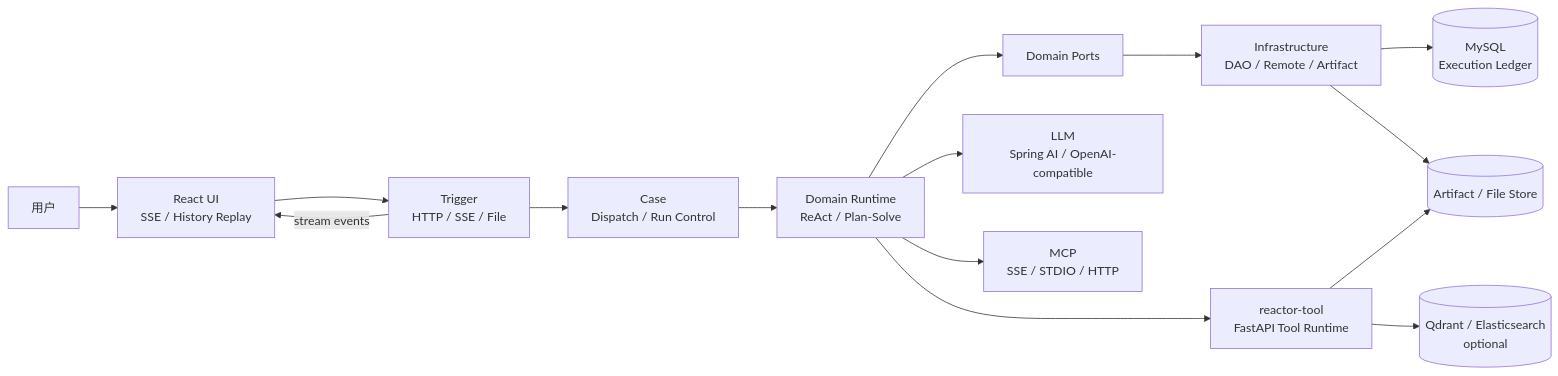
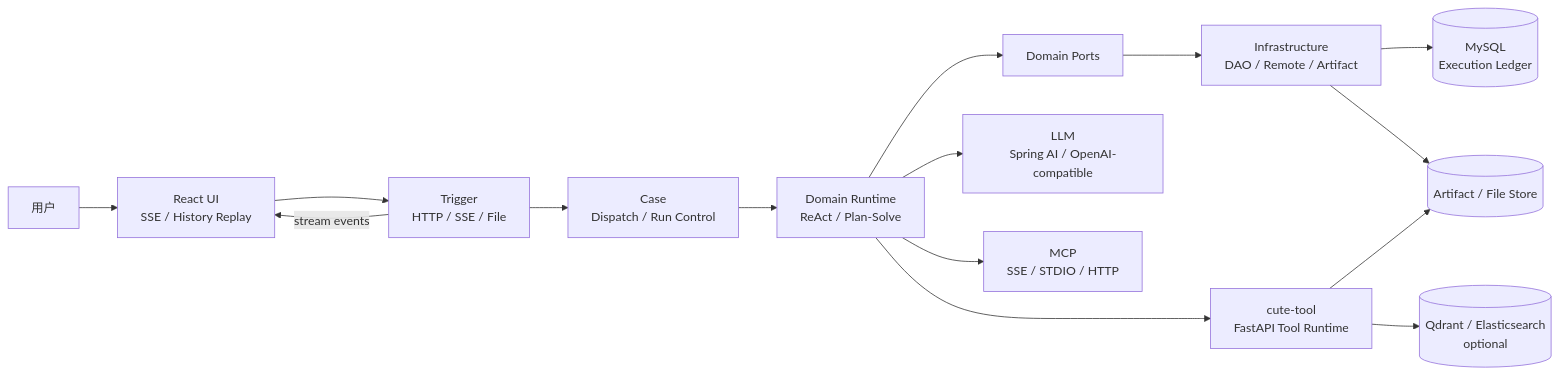
The second of 2 diagrams in README.md (OWWZO/ai-agent), drawn with Mermaid before and after one commit. The commit also changed other lines of this file and 2136 other files, not shown here.

First line of the commit message:
refactor(rename): Phase 2 - 模块目录/Maven 坐标/前端包 Reactor→Cute

````diff
--- a/README.md
+++ b/README.md
@@ -362,20 +362,20 @@
 ```mermaid
 flowchart LR
     User["用户"] --> UI["React UI<br/>SSE / History Replay"]
     UI --> Trigger["Trigger<br/>HTTP / SSE / File"]
     Trigger --> Case["Case<br/>Dispatch / Run Control"]
     Case --> Domain["Domain Runtime<br/>ReAct / Plan-Solve"]
     Domain --> Ports["Domain Ports"]
     Ports --> Infra["Infrastructure<br/>DAO / Remote / Artifact"]
 
     Domain --> LLM["LLM<br/>Spring AI / OpenAI-compatible"]
     Domain --> MCP["MCP<br/>SSE / STDIO / HTTP"]
-    Domain --> Tools["reactor-tool<br/>FastAPI Tool Runtime"]
+    Domain --> Tools["cute-tool<br/>FastAPI Tool Runtime"]
 
     Infra --> Ledger[("MySQL<br/>Execution Ledger")]
     Infra --> Files[("Artifact / File Store")]
     Tools --> Files
     Tools --> Vector[("Qdrant / Elasticsearch<br/>optional")]
 
     Trigger -->|stream events| UI
 ```
````
